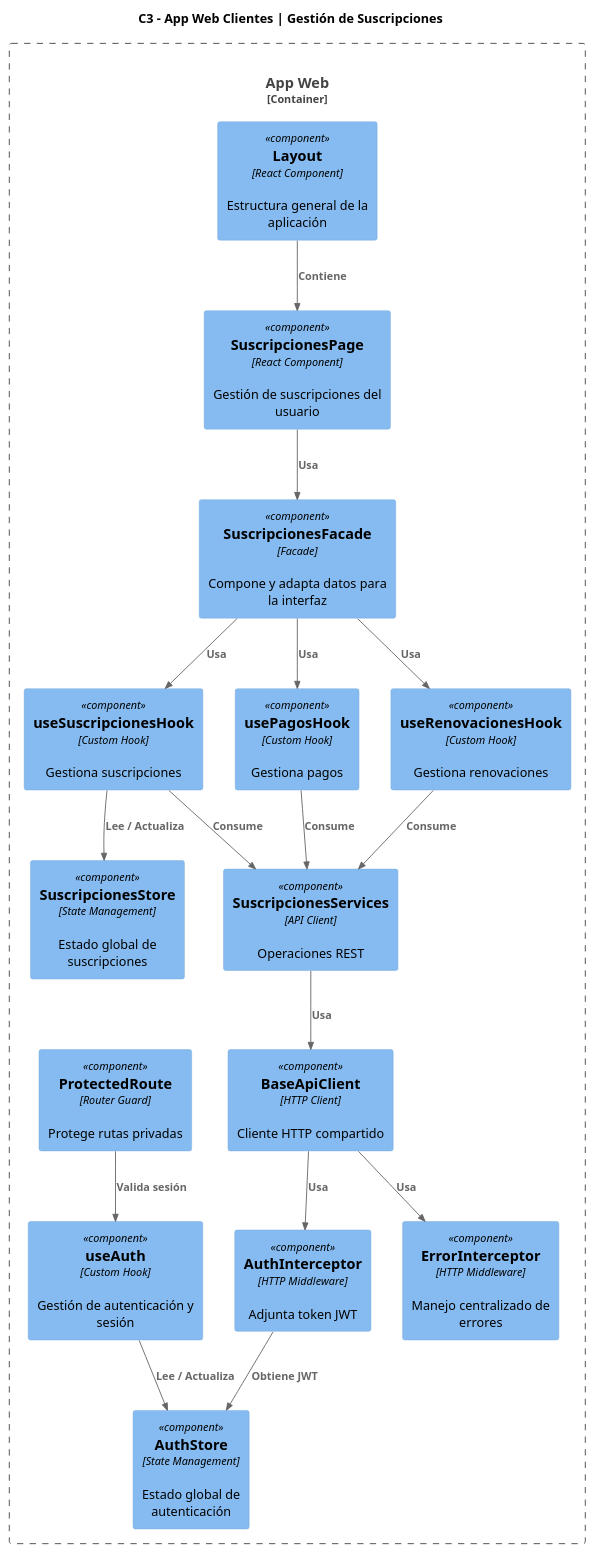
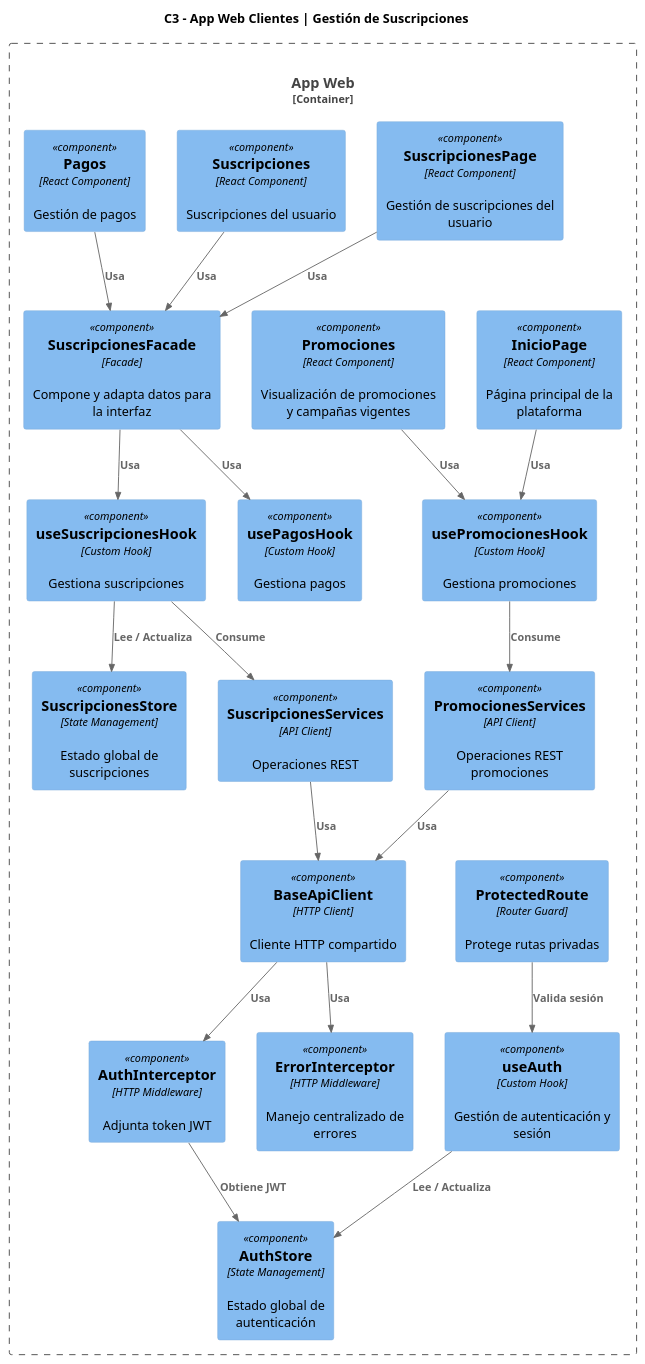
Before and after one commit to mich-ale-tec/documentacion-arquitecturas: the diagram in c4-component.puml, drawn with PlantUML.

Commit message:
Agregando componentes

```diff
--- a/c4-component.puml
+++ b/c4-component.puml
@@ -1,57 +1,64 @@
 @startuml
 !include https://raw.githubusercontent.com/plantuml-stdlib/C4-PlantUML/master/C4_Component.puml
 
 title C3 – App Web Clientes | Gestión de Suscripciones
 
 Container_Boundary(webAppClientes, "App Web", "React SPA") {
 
-    Component(layout, "Layout", "React Component", "Estructura general de la aplicación")
     Component(routeGuard, "ProtectedRoute", "Router Guard", "Protege rutas privadas")
 
+    Component(inicioPage, "InicioPage", "React Component", "Página principal de la plataforma")
+    Component(promociones, "Promociones", "React Component", "Visualización de promociones y campañas vigentes")
+    Component(promocionesHook, "usePromocionesHook", "Custom Hook", "Gestiona promociones")
+    Component(promocionesServices, "PromocionesServices", "API Client", "Operaciones REST promociones")
+
     Component(suscripcionesPage, "SuscripcionesPage", "React Component", "Gestión de suscripciones del usuario")
+    Component(suscripciones, "Suscripciones", "React Component", "Suscripciones del usuario")
+    Component(pagos, "Pagos", "React Component", "Gestión de pagos")
 
     Component(suscripcionesFacade, "SuscripcionesFacade", "Facade", "Compone y adapta datos para la interfaz")
 
     Component(suscripcionesHook, "useSuscripcionesHook", "Custom Hook", "Gestiona suscripciones")
     Component(pagosHook, "usePagosHook", "Custom Hook", "Gestiona pagos")
-    Component(renovacionesHook, "useRenovacionesHook", "Custom Hook", "Gestiona renovaciones")
 
     Component(authHook, "useAuth", "Custom Hook", "Gestión de autenticación y sesión")
 
     Component(authStore, "AuthStore", "State Management", "Estado global de autenticación")
     Component(suscripcionesStore, "SuscripcionesStore", "State Management", "Estado global de suscripciones")
 
     Component(suscripcionesServices, "SuscripcionesServices", "API Client", "Operaciones REST")
 
     Component(baseApiClient, "BaseApiClient", "HTTP Client", "Cliente HTTP compartido")
 
     Component(authInterceptor, "AuthInterceptor", "HTTP Middleware", "Adjunta token JWT")
     Component(errorInterceptor, "ErrorInterceptor", "HTTP Middleware", "Manejo centralizado de errores")
 }
 
-Rel(layout, suscripcionesPage, "Contiene")
-
 Rel(routeGuard, authHook, "Valida sesión")
 
 Rel(authHook, authStore, "Lee / Actualiza")
 
 Rel(suscripcionesPage, suscripcionesFacade, "Usa")
+Rel(suscripciones, suscripcionesFacade, "Usa")
+Rel(pagos, suscripcionesFacade, "Usa")
+
+Rel(inicioPage, promocionesHook, "Usa")
+Rel(promociones, promocionesHook, "Usa")
 
 Rel(suscripcionesFacade, suscripcionesHook, "Usa")
 Rel(suscripcionesFacade, pagosHook, "Usa")
-Rel(suscripcionesFacade, renovacionesHook, "Usa")
 
 Rel(suscripcionesHook, suscripcionesStore, "Lee / Actualiza")
 Rel(suscripcionesHook, suscripcionesServices, "Consume")
 
-Rel(pagosHook, suscripcionesServices, "Consume")
-Rel(renovacionesHook, suscripcionesServices, "Consume")
+Rel(promocionesHook, promocionesServices, "Consume")
 
 Rel(suscripcionesServices, baseApiClient, "Usa")
+Rel(promocionesServices, baseApiClient, "Usa")
 
 Rel(baseApiClient, authInterceptor, "Usa")
 Rel(baseApiClient, errorInterceptor, "Usa")
 
 Rel(authInterceptor, authStore, "Obtiene JWT")
 
 @enduml
```
